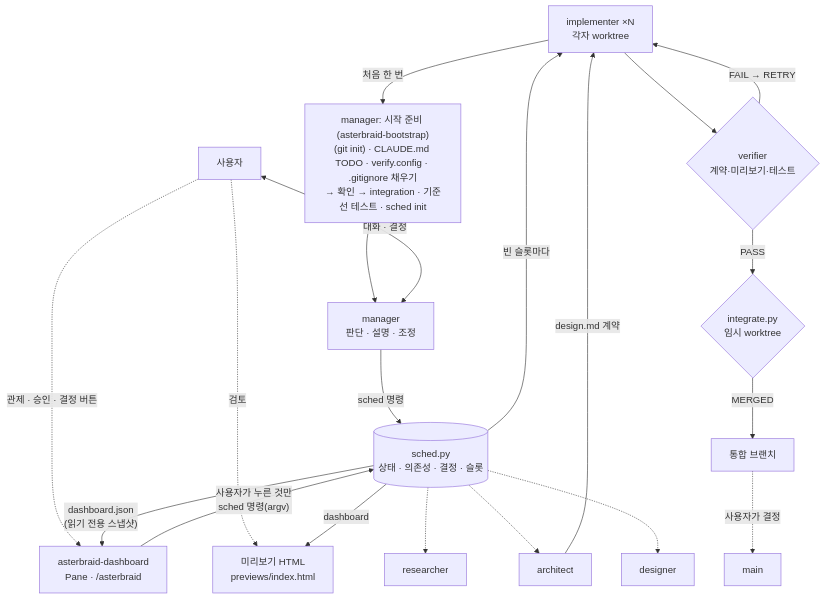
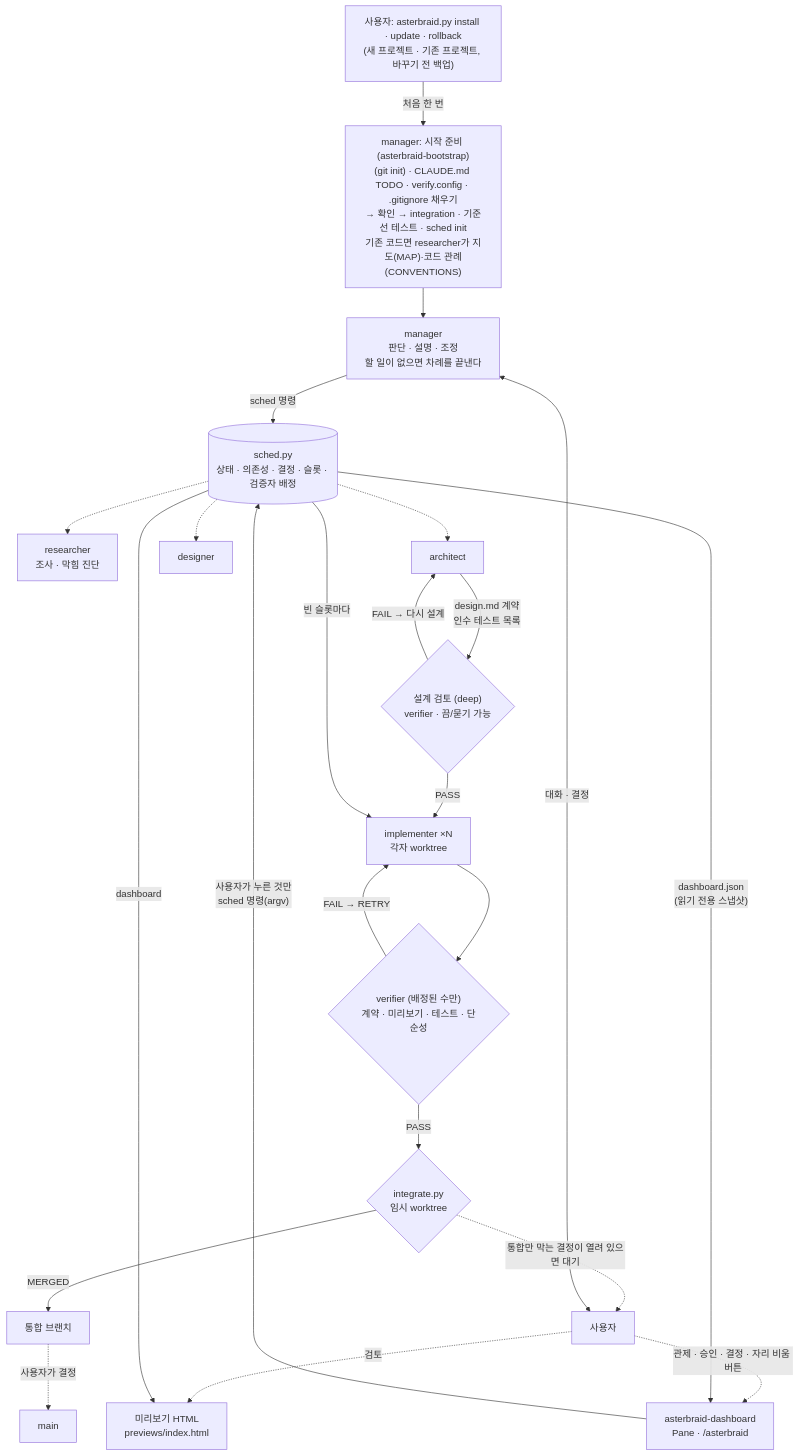
Before and after one commit to ZaRi1l/harness-templates: the diagram in asterbraid/README.md, drawn with Mermaid. The commit also changed other lines of this file and 13 other files, not shown here.

````diff
--- a/asterbraid/README.md
+++ b/asterbraid/README.md
@@ -10,20 +10,23 @@
 ```mermaid
 flowchart TD
-    I["사용자: asterbraid.py install<br/>(새 프로젝트 · 기존 프로젝트)"] -->|"처음 한 번"| BS["manager: 시작 준비 (asterbraid-bootstrap)<br/>(git init) · CLAUDE.md TODO · verify.config · .gitignore 채우기<br/>→ 확인 → integration · 기준선 테스트 · sched init"]
+    IN["사용자: asterbraid.py install · update · rollback<br/>(새 프로젝트 · 기존 프로젝트, 바꾸기 전 백업)"] -->|"처음 한 번"| BS["manager: 시작 준비 (asterbraid-bootstrap)<br/>(git init) · CLAUDE.md TODO · verify.config · .gitignore 채우기<br/>→ 확인 → integration · 기준선 테스트 · sched init<br/>기존 코드면 researcher가 지도(MAP)·코드 관례(CONVENTIONS)"]
     BS --> M
-    U["사용자"] <-->|"대화 · 결정"| M["manager<br/>판단 · 설명 · 조정"]
-    U -.->|"관제 · 승인 · 결정 버튼"| P["asterbraid-dashboard<br/>Pane · /asterbraid"]
+    U["사용자"] <-->|"대화 · 결정"| M["manager<br/>판단 · 설명 · 조정<br/>할 일이 없으면 차례를 끝낸다"]
+    U -.->|"관제 · 승인 · 결정 · 자리 비움 버튼"| P["asterbraid-dashboard<br/>Pane · /asterbraid"]
     U -.->|"검토"| H["미리보기 HTML<br/>previews/index.html"]
-    M -->|"sched 명령"| S[("sched.py<br/>상태 · 의존성 · 결정 · 슬롯")]
+    M -->|"sched 명령"| S[("sched.py<br/>상태 · 의존성 · 결정 · 슬롯 · 검증자 배정")]
     P -->|"사용자가 누른 것만<br/>sched 명령(argv)"| S
     S -->|"dashboard.json<br/>(읽기 전용 스냅샷)"| P
     S -->|"dashboard"| H
-    S -.-> R["researcher"] & A["architect"] & D["designer"]
-    A -->|"design.md 계약"| I
-    S -->|"빈 슬롯마다"| I["implementer ×N<br/>각자 worktree"]
-    I --> V{"verifier<br/>계약·미리보기·테스트"}
-    V -->|"FAIL → RETRY"| I
+    S -.-> R["researcher<br/>조사 · 막힘 진단"] & A["architect"] & D["designer"]
+    A -->|"design.md 계약<br/>인수 테스트 목록"| DR{"설계 검토 (deep)<br/>verifier · 끔/묻기 가능"}
+    DR -->|"FAIL → 다시 설계"| A
+    DR -->|"PASS"| IM
+    S -->|"빈 슬롯마다"| IM["implementer ×N<br/>각자 worktree"]
+    IM --> V{"verifier (배정된 수만)<br/>계약 · 미리보기 · 테스트 · 단순성"}
+    V -->|"FAIL → RETRY"| IM
     V -->|"PASS"| G{"integrate.py<br/>임시 worktree"}
+    G -.->|"통합만 막는 결정이 열려 있으면 대기"| U
     G -->|"MERGED"| B["통합 브랜치"]
     B -.->|"사용자가 결정"| MAIN["main"]
 ```
````
